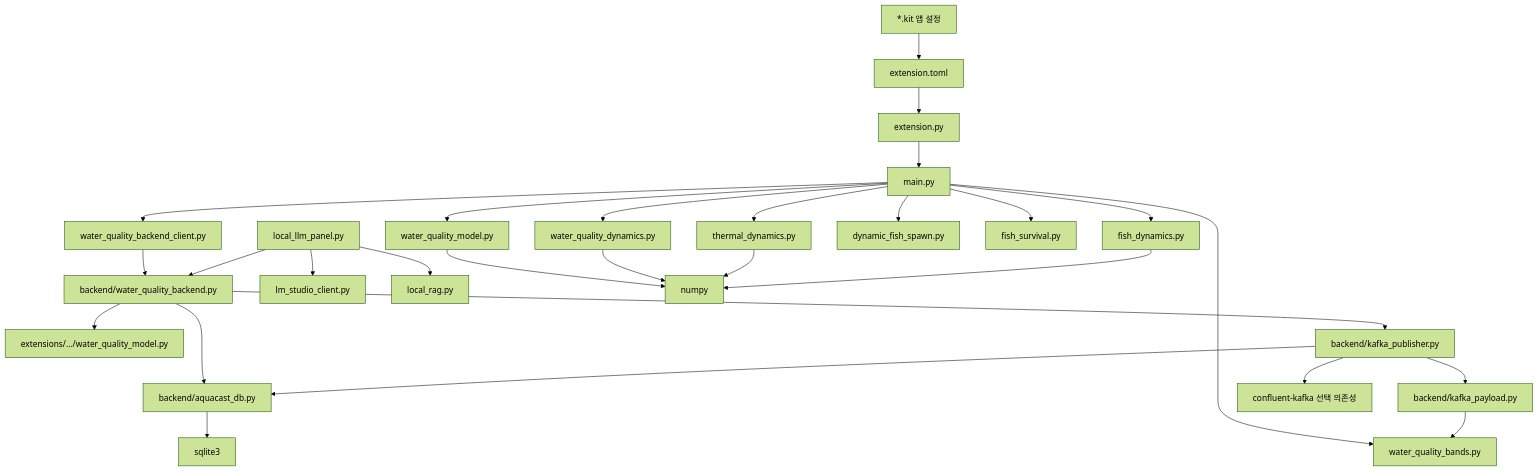
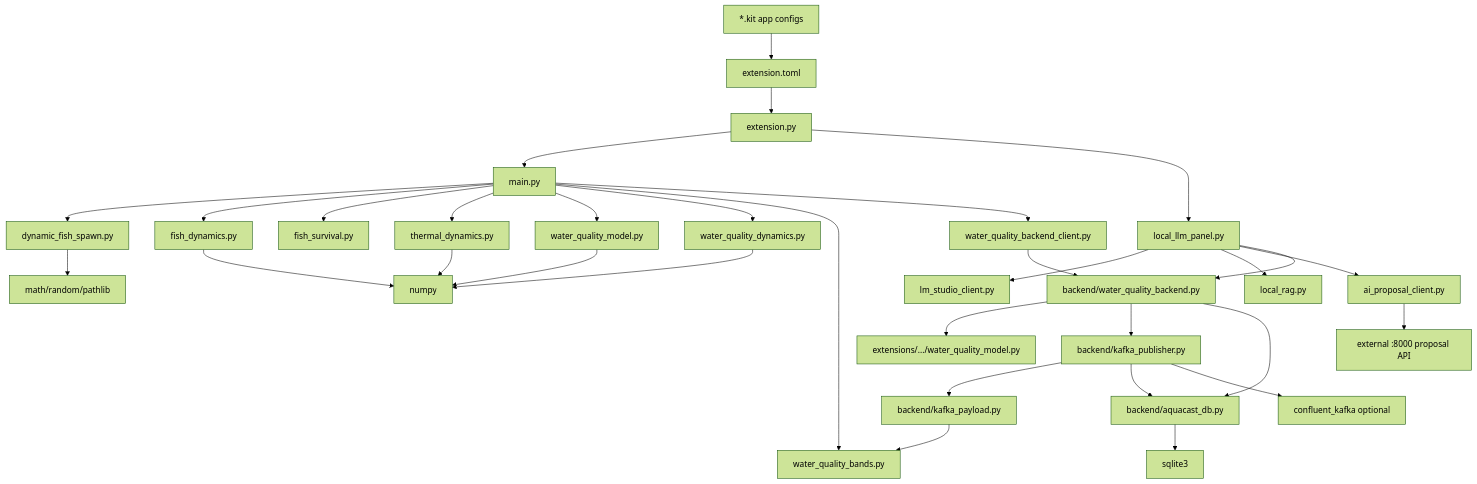
Before and after one commit to BellTigerLee/Aquacast: the second of 3 diagrams in docs/deep-analysis.md, drawn with Mermaid (forest theme). The commit also changed other lines of this file and 6 other files, not shown here.

````diff
--- a/docs/deep-analysis.md
+++ b/docs/deep-analysis.md
@@ -57,34 +59,38 @@
 ```mermaid
 graph TD
-    kit["*.kit 앱 설정"] --> ext_toml["extension.toml"]
+    kit_apps["*.kit app configs"] --> ext_toml["extension.toml"]
     ext_toml --> extension_py["extension.py"]
     extension_py --> main_py["main.py"]
+    extension_py --> local_llm["local_llm_panel.py"]
 
-    main_py --> wq_client["water_quality_backend_client.py"]
+    main_py --> dynamic_spawn["dynamic_fish_spawn.py"]
+    main_py --> fish_dyn["fish_dynamics.py"]
+    main_py --> fish_survival["fish_survival.py"]
+    main_py --> thermal["thermal_dynamics.py"]
     main_py --> wq_model["water_quality_model.py"]
     main_py --> wq_dynamics["water_quality_dynamics.py"]
-    main_py --> thermal["thermal_dynamics.py"]
-    main_py --> fish_dyn["fish_dynamics.py"]
-    main_py --> fish_spawn["dynamic_fish_spawn.py"]
-    main_py --> fish_survival["fish_survival.py"]
-    main_py --> bands["water_quality_bands.py"]
+    main_py --> wq_bands["water_quality_bands.py"]
+    main_py --> wq_client["water_quality_backend_client.py"]
 
-    wq_client --> http_backend["backend/water_quality_backend.py"]
-    http_backend --> backend_model["extensions/.../water_quality_model.py"]
-    http_backend --> kafka_pub["backend/kafka_publisher.py"]
-    http_backend --> db["backend/aquacast_db.py"]
-    kafka_pub --> payload["backend/kafka_payload.py"]
+    wq_client --> backend["backend/water_quality_backend.py"]
+    backend --> backend_model["extensions/.../water_quality_model.py"]
+    backend --> kafka_pub["backend/kafka_publisher.py"]
+    backend --> db["backend/aquacast_db.py"]
+    kafka_pub --> kafka_payload["backend/kafka_payload.py"]
     kafka_pub --> db
-    kafka_pub --> confluent["confluent-kafka 선택 의존성"]
-    payload --> bands
+    kafka_pub --> confluent["confluent_kafka optional"]
+    kafka_payload --> wq_bands
     db --> sqlite["sqlite3"]
 
-    local_llm["local_llm_panel.py"] --> lm_client["lm_studio_client.py"]
-    local_llm --> local_rag["local_rag.py"]
-    local_llm --> http_backend
+    local_llm --> lm_client["lm_studio_client.py"]
+    local_llm --> rag["local_rag.py"]
+    local_llm --> ai_prop["ai_proposal_client.py"]
+    local_llm --> backend
+    ai_prop --> proposal_backend["external :8000 proposal API"]
 
     wq_model --> numpy["numpy"]
     wq_dynamics --> numpy
     thermal --> numpy
     fish_dyn --> numpy
+    dynamic_spawn --> stdlib["math/random/pathlib"]
 ```
````
